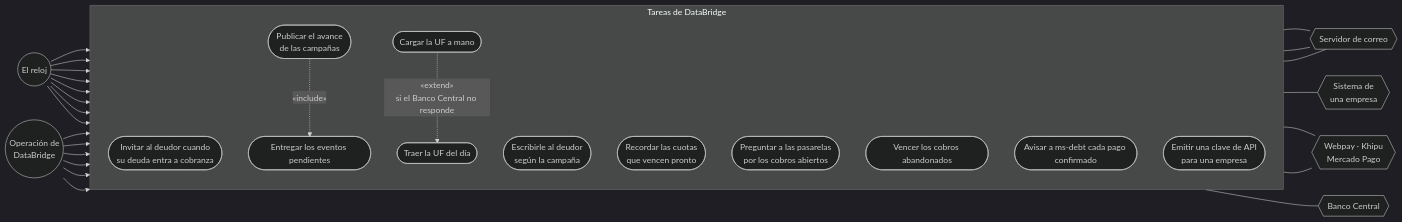
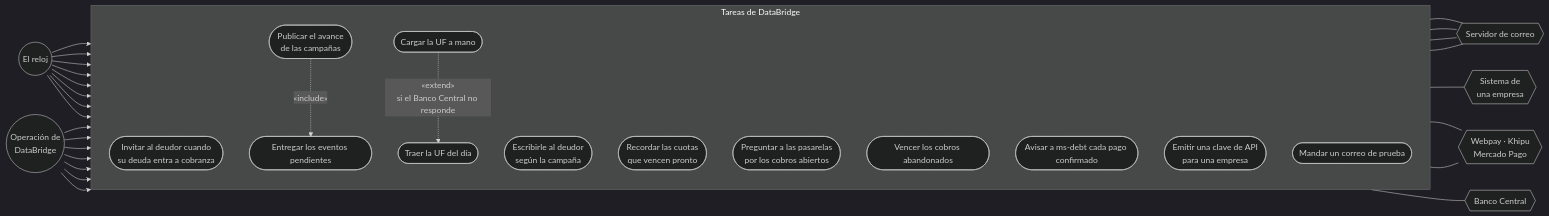
Before and after one commit to TechnicalBridge/DataBridge: the sixth of 6 diagrams in docs/diagramas/casos-de-uso.md, drawn with Mermaid (dark theme). The commit also changed other lines of this file and 19 other files, not shown here.

Commit message:
feat(ms-auth): Servidor de correo real desde el .env, con modo de prueba

````diff
--- a/docs/diagramas/casos-de-uso.md
+++ b/docs/diagramas/casos-de-uso.md
@@ -273,35 +273,37 @@
 ```mermaid
 flowchart LR
     REL(("El reloj"))
     OPE(("Operación de<br/>DataBridge"))
     subgraph AUT["Tareas de DataBridge"]
         direction TB
         R0(["Invitar al deudor cuando<br/>su deuda entra a cobranza"])
         R1(["Escribirle al deudor<br/>según la campaña"])
         R2(["Recordar las cuotas<br/>que vencen pronto"])
         R3(["Publicar el avance<br/>de las campañas"])
         R4(["Entregar los eventos pendientes"])
         R5(["Preguntar a las pasarelas<br/>por los cobros abiertos"])
         R6(["Vencer los cobros abandonados"])
         R7(["Avisar a ms-debt cada pago confirmado"])
         R8(["Traer la UF del día"])
         O1(["Cargar la UF a mano"])
         O2(["Emitir una clave de API<br/>para una empresa"])
+        O3(["Mandar un correo de prueba"])
     end
     COR{{"Servidor de correo"}}
     PAS{{"Webpay · Khipu<br/>Mercado Pago"}}
     BCC{{"Banco Central"}}
     SIS{{"Sistema de<br/>una empresa"}}
 
     REL --> R1 & R2 & R3 & R4 & R5 & R6 & R7 & R8
-    OPE --> R1 & R2 & R3 & R8 & O1 & O2
+    OPE --> R1 & R2 & R3 & R8 & O1 & O2 & O3
+    O3 --- COR
     R0 --- COR
     R1 --- COR
     R2 --- COR
     R3 -. "«include»" .-> R4
     R4 --- SIS
     R5 --- PAS
     R6 --- PAS
     R8 --- BCC
     O1 -. "«extend»<br/>si el Banco Central no responde" .-> R8
 ```
````
